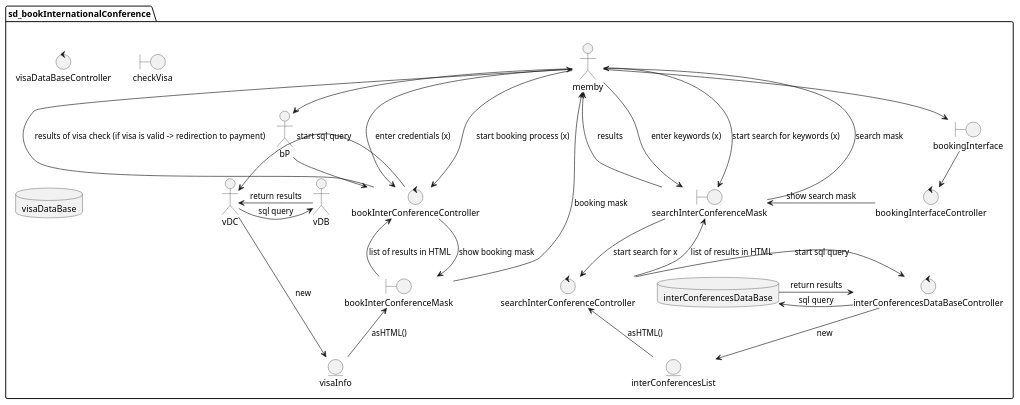
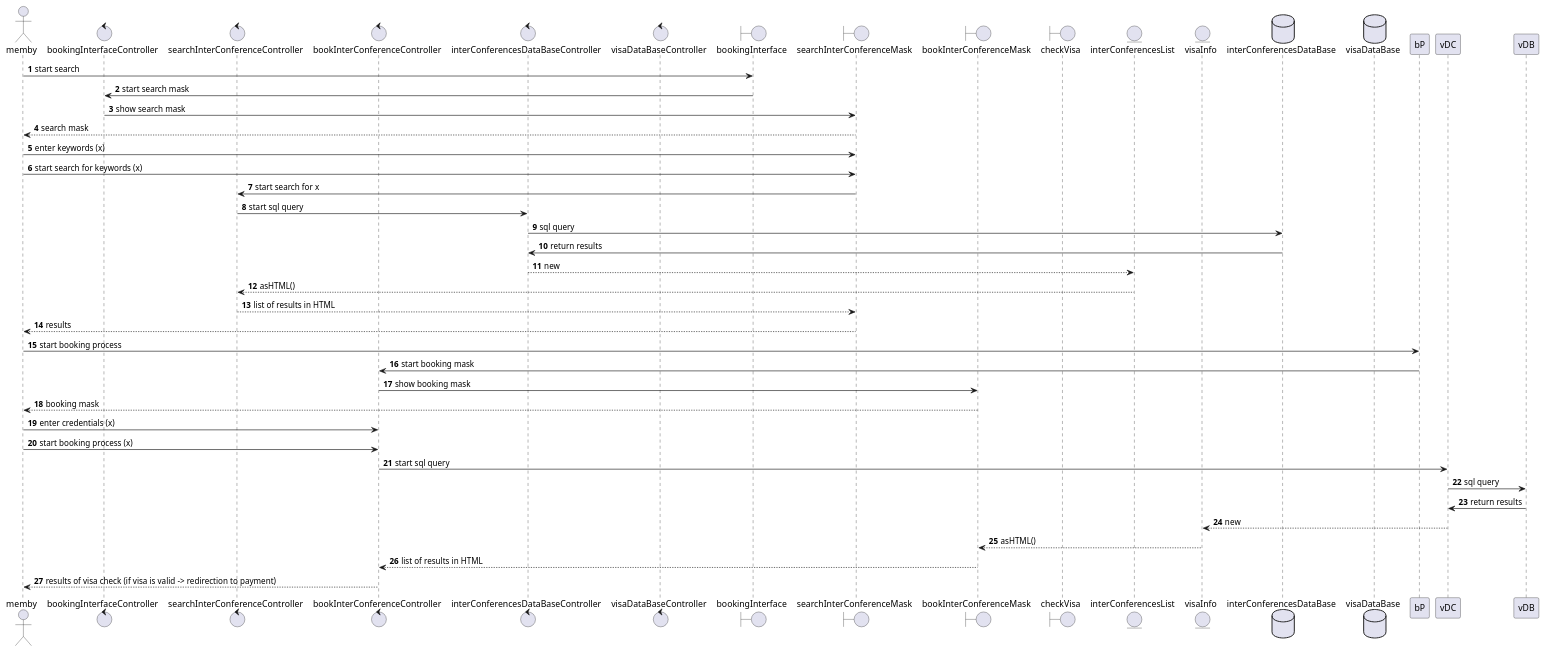
Before and after one commit to 1nbetw33n/Parkhaus_new: the diagram in src/main/personal_spaces/bella/exercise5/sd_bookInternationalConference.puml, drawn with PlantUML.

Commit message:
Updated sd_bookInternationalConference.puml in personal_space/bella/exercise5 and fixed syntax errors. ("<."  ---->  "<--")

```diff
--- a/src/main/personal_spaces/bella/exercise5/sd_bookInternationalConference.puml
+++ b/src/main/personal_spaces/bella/exercise5/sd_bookInternationalConference.puml
@@ -1,55 +1,57 @@
 @startuml
 
-package sd_bookInternationalConference {
+
     actor memby as m
 
     control bookingInterfaceController as bIC
     control searchInterConferenceController as sICC
     control bookInterConferenceController as bICC
     control interConferencesDataBaseController as iCDBC
     control visaDataBaseController as vDBC
 
     boundary bookingInterface as bI
     boundary searchInterConferenceMask as sICM
     boundary bookInterConferenceMask as bICM
     boundary checkVisa as cV
 
     entity interConferencesList as iCL
     entity visaInfo as vI
 
     database interConferencesDataBase as iCDB
     database visaDataBase as vDD
+
+    autonumber
 
     /'SEARCH AN INTERNATIONAL CONFERENCE AND GET THE RESULTS'/
     m -> bI : start search
     bI -> bIC : start search mask
     sICM <- bIC : show search mask
     m <-- sICM : search mask
     m -> sICM : enter keywords (x)
     m -> sICM : start search for keywords (x)
     sICM -> sICC : start search for x
     sICC -> iCDBC : start sql query
     iCDB <- iCDBC : sql query
     iCDB -> iCDBC : return results
     iCDBC --> iCL : new
     sICC <-- iCL : asHTML()
     sICM <-- sICC : list of results in HTML
     m <-- sICM : results
 
     /'BOOK AN INTERNATIONAL CONFERENCE AND PERFORM A VISA CHECK'/
     m -> bP : start booking process
     bP -> bICC : start booking mask
     bICC -> bICM : show booking mask
     m <-- bICM : booking mask
     m -> bICC : enter credentials (x)
     m -> bICC : start booking process (x)
     vDC <- bICC : start sql query
     vDC -> vDB : sql query
     vDC <- vDB : return results
     vDC --> vI : new
     bICM <-- vI : asHTML()
     bICC <-- bICM : list of results in HTML
     m <-- bICC : results of visa check (if visa is valid -> redirection to payment)
-}
+
 
 @enduml
```
